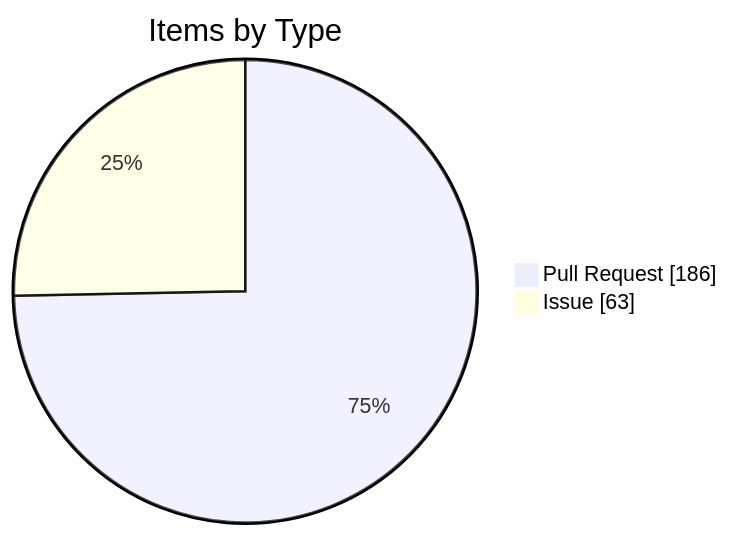
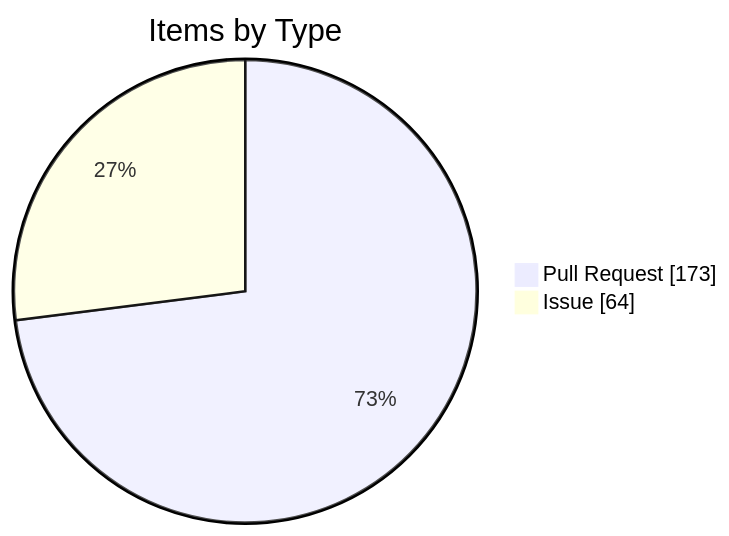
The fourth of 4 diagrams in apps/kbve/astro-kbve/src/content/docs/dashboard/kanban-data.mdx (KBVE/kbve), drawn with Mermaid before and after one commit. The commit also changed other lines of this file and 2 other files, not shown here.

````diff
--- a/apps/kbve/astro-kbve/src/content/docs/dashboard/kanban-data.mdx
+++ b/apps/kbve/astro-kbve/src/content/docs/dashboard/kanban-data.mdx
@@ -116,6 +116,6 @@
 ```mermaid
 pie showData
     title Items by Type
-    "Pull Request" : 186
-    "Issue" : 63
+    "Pull Request" : 173
+    "Issue" : 64
 ```
````
